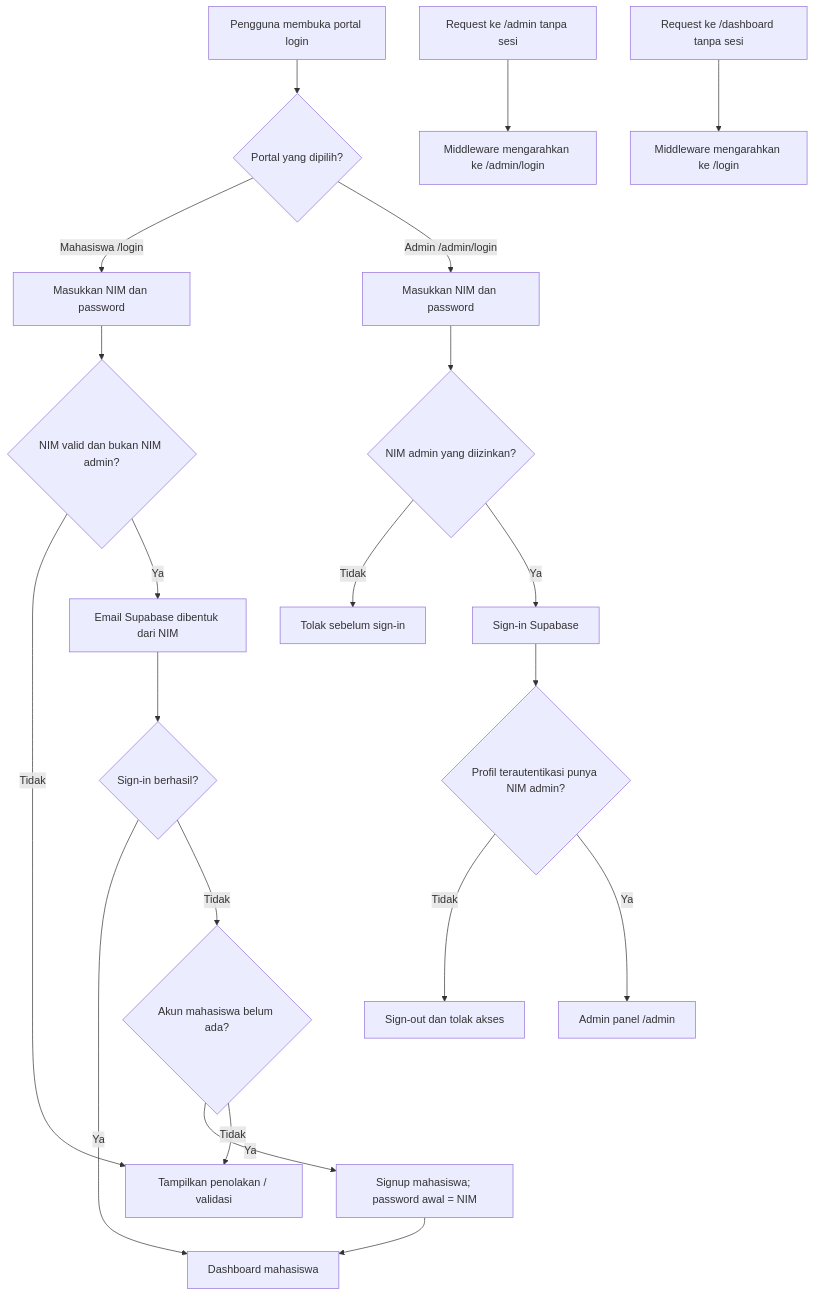
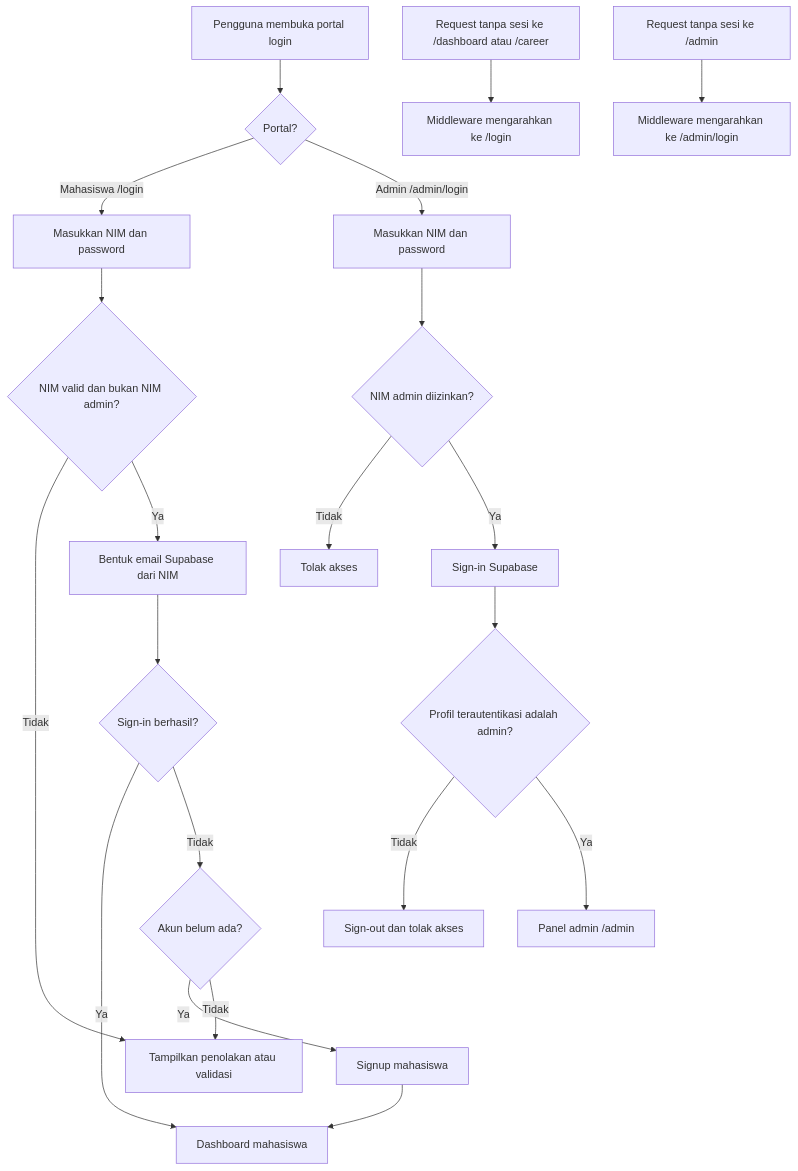
The first of 6 diagrams in FLOWCHART.md (nandayudhistirawibowo/NdUniverse), drawn with Mermaid before and after one commit. The commit also changed other lines of this file and 10 other files, not shown here.

Commit message:
feat: generalisasi login (auto-signup untuk umum), fitur Career, Bookmark, dan update dokumentasi

````diff
--- a/FLOWCHART.md
+++ b/FLOWCHART.md
@@ -5,25 +5,25 @@
 ```mermaid
 flowchart TD
-    A[Pengguna membuka portal login] --> B{Portal yang dipilih?}
+    A[Pengguna membuka portal login] --> B{Portal?}
     B -->|Mahasiswa /login| C[Masukkan NIM dan password]
     C --> D{NIM valid dan bukan NIM admin?}
-    D -->|Tidak| E[Tampilkan penolakan / validasi]
-    D -->|Ya| F[Email Supabase dibentuk dari NIM]
+    D -->|Tidak| E[Tampilkan penolakan atau validasi]
+    D -->|Ya| F[Bentuk email Supabase dari NIM]
     F --> G{Sign-in berhasil?}
     G -->|Ya| H[Dashboard mahasiswa]
-    G -->|Tidak| I{Akun mahasiswa belum ada?}
-    I -->|Ya| J[Signup mahasiswa; password awal = NIM]
+    G -->|Tidak| I{Akun belum ada?}
+    I -->|Ya| J[Signup mahasiswa]
     J --> H
     I -->|Tidak| E
 
     B -->|Admin /admin/login| K[Masukkan NIM dan password]
-    K --> L{NIM admin yang diizinkan?}
-    L -->|Tidak| M[Tolak sebelum sign-in]
+    K --> L{NIM admin diizinkan?}
+    L -->|Tidak| M[Tolak akses]
     L -->|Ya| N[Sign-in Supabase]
-    N --> O{Profil terautentikasi punya NIM admin?}
+    N --> O{Profil terautentikasi adalah admin?}
     O -->|Tidak| P[Sign-out dan tolak akses]
-    O -->|Ya| Q[Admin panel /admin]
+    O -->|Ya| Q[Panel admin /admin]
 
-    R[Request ke /admin tanpa sesi] --> S[Middleware mengarahkan ke /admin/login]
-    T[Request ke /dashboard tanpa sesi] --> U[Middleware mengarahkan ke /login]
+    R[Request tanpa sesi ke /dashboard atau /career] --> S[Middleware mengarahkan ke /login]
+    T[Request tanpa sesi ke /admin] --> U[Middleware mengarahkan ke /admin/login]
 ```
````
